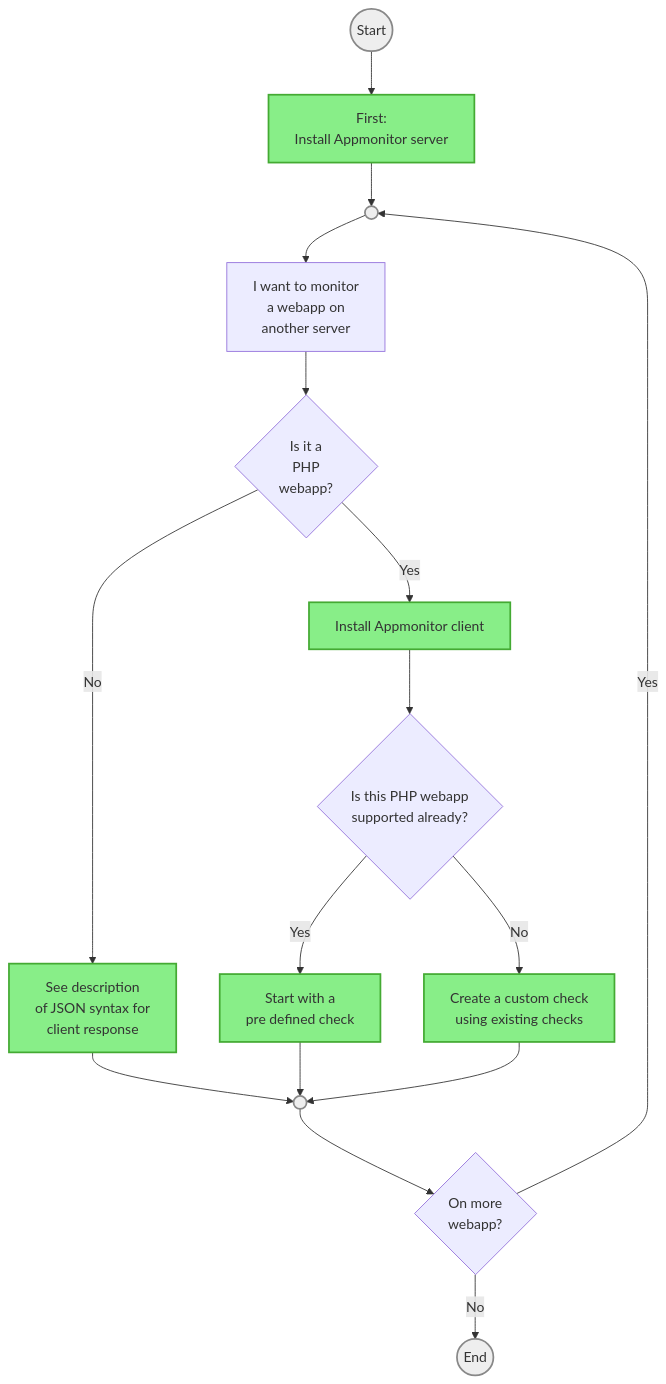
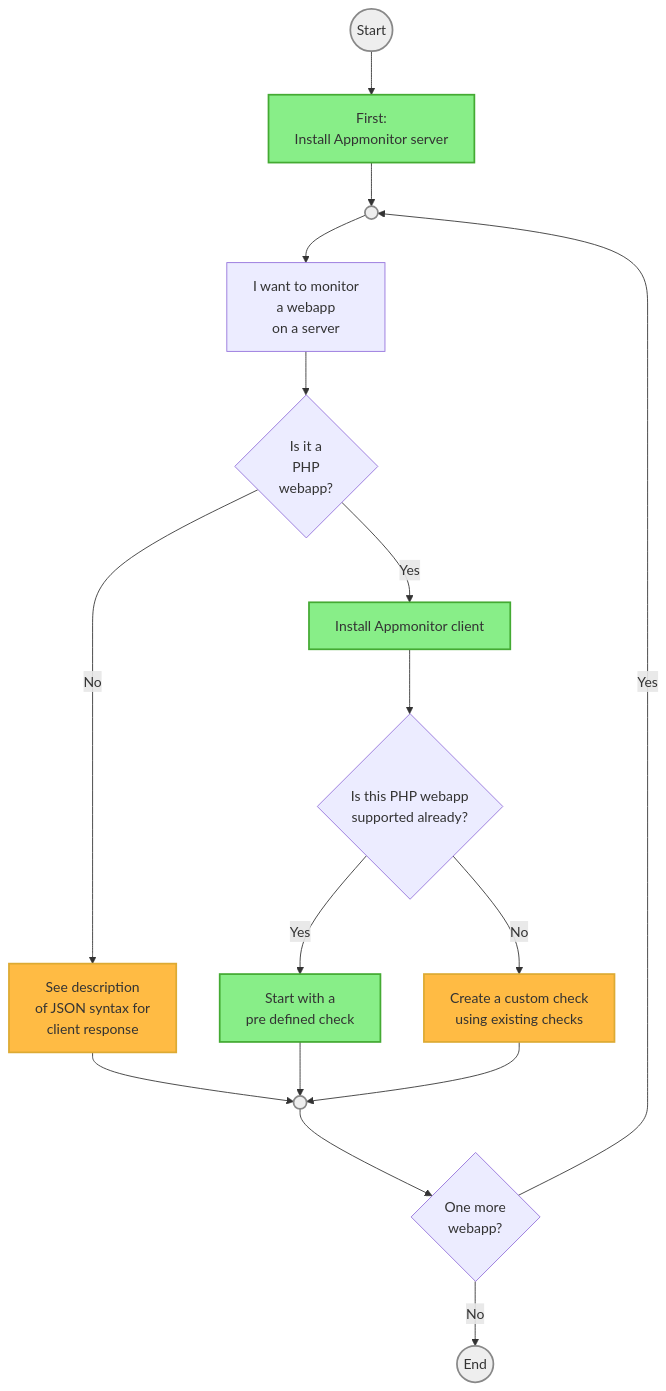
The diagram in docs/30_Quickstart/10_Monitor_a_webapp.md (iml-it/appmonitor), drawn with Mermaid before and after one commit. The commit also changed 8 other files, not shown here.

````diff
--- a/docs/30_Quickstart/10_Monitor_a_webapp.md
+++ b/docs/30_Quickstart/10_Monitor_a_webapp.md
@@ -5,46 +5,60 @@
 ``` mermaid
 flowchart TD
 
     %% ----- STYLING
+
     style START fill:#eee,stroke:#888,stroke-width:2px
     style END fill:#eee,stroke:#888,stroke-width:2px
 
     style LOOPSTART fill:#eee,stroke:#888,stroke-width:2px
     style LOOPEND fill:#eee,stroke:#888,stroke-width:2px
 
     style SRV fill:#8e8,stroke:#4a3,stroke-width:2px
-    style Client fill:#8e8,stroke:#4a3,stroke-width:2px
+    style InstallClient fill:#8e8,stroke:#4a3,stroke-width:2px
     
-    style D fill:#8e8,stroke:#4a3,stroke-width:2px
-    style G fill:#8e8,stroke:#4a3,stroke-width:2px
-    style H fill:#8e8,stroke:#4a3,stroke-width:2px
+    style UseAppCheck fill:#8e8,stroke:#4a3,stroke-width:2px
+    style SeeDescription fill:#fb4,stroke:#da3,stroke-width:2px
+    style CreateChecks fill:#fb4,stroke:#da3,stroke-width:2px
+
+    %% ----- NODES
 
     START((Start))
     END((End))
     LOOPSTART(( ))
+    
+    SRV[First:<br>Install Appmonitor server]
+    WannaMonitor[I want to monitor<br>a webapp<br>on a server]
+    IsPHP{Is it a<br>PHP<br>webapp?}
+
+    SeeDescription[See description<br>of JSON syntax for<br> client response]
+    InstallClient[Install Appmonitor client]
+    SupportedApp{Is this PHP webapp<br>supported already?}
+    UseAppCheck[Start with a<br>pre defined check]
+    CreateChecks[Create a custom check<br>using existing checks]
+
     LOOPEND(( ))
+    MOREAPPS{One more<br>webapp?}
 
-    MOREAPPS{On more<br>webapp?}
 
-    SRV[First:<br>Install Appmonitor server]
+    %% ----- NODES
 
     START --> SRV --> LOOPSTART
-    LOOPSTART --> B[I want to monitor<br>a webapp on<br>another server]
-    B --> C{Is it a<br>PHP<br>webapp?}
-    C -->|No| D[See description<br>of JSON syntax for<br> client response]
+    LOOPSTART --> WannaMonitor
+    WannaMonitor --> IsPHP
+    IsPHP -->|No| SeeDescription
     
-    C -->|Yes| Client[Install Appmonitor client]
-    Client --> F{Is this PHP webapp<br>supported already?}
-    F --> |Yes| G[Start with a<br>pre defined check]
-    F --> |No| H[Create a custom check<br>using existing checks]
+    IsPHP -->|Yes| InstallClient
+    InstallClient --> SupportedApp
+    SupportedApp --> |Yes| UseAppCheck
+    SupportedApp --> |No| CreateChecks
 
-    D --> LOOPEND
-    G --> LOOPEND
-    H --> LOOPEND
+    SeeDescription --> LOOPEND
+    UseAppCheck --> LOOPEND
+    CreateChecks --> LOOPEND
 
     LOOPEND --> MOREAPPS
 
     MOREAPPS --> |Yes| LOOPSTART
     MOREAPPS --> |No| END
 
 ```
````
